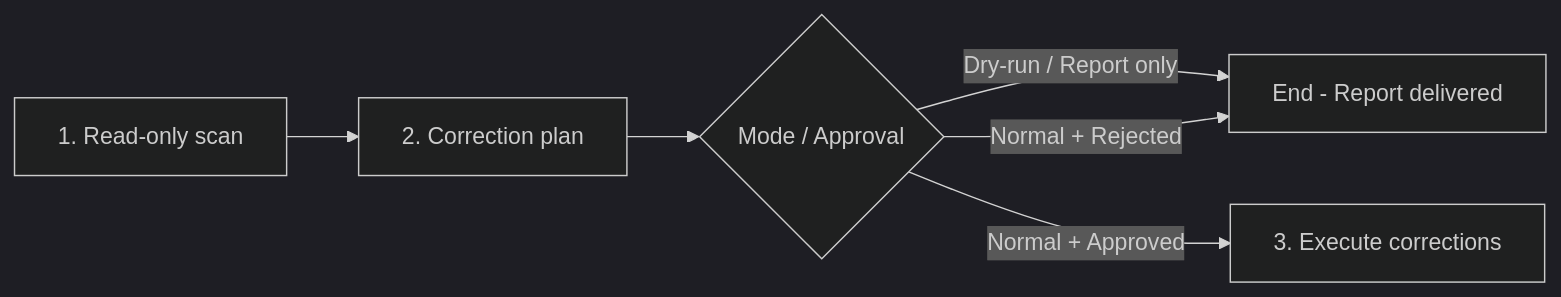
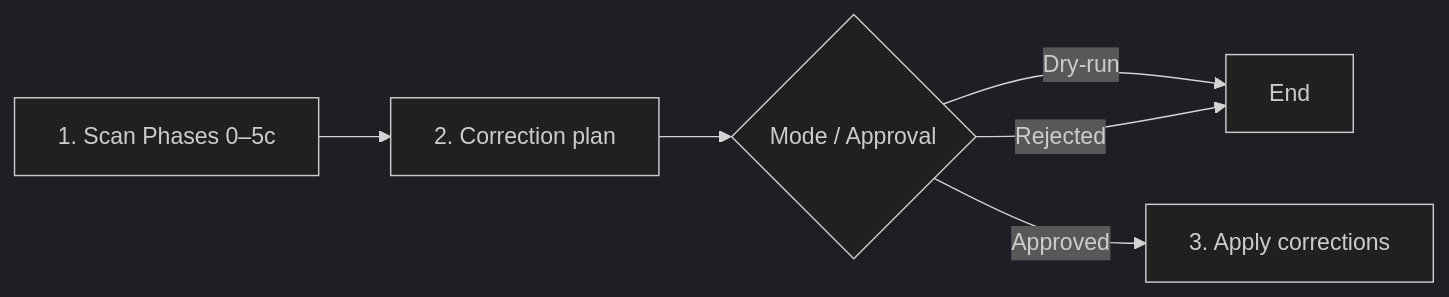
One commit to jpolvora/workflow-skills changed the diagram in .agents/skills/check-harness/SKILL.md. Above: the diagram before and after it, drawn with Mermaid (dark theme). The commit also changed other lines of this file and 43 other files, not shown here.

````diff
--- a/.agents/skills/check-harness/SKILL.md
+++ b/.agents/skills/check-harness/SKILL.md
@@ -30,8 +20,8 @@
 ```mermaid
 flowchart LR
-  V[1. Read-only scan] --> P[2. Correction plan]
+  V[1. Scan Phases 0–5c] --> P[2. Correction plan]
   P --> A{Mode / Approval}
-  A -->|Dry-run / Report only| F[End - Report delivered]
-  A -->|Normal + Approved| E[3. Execute corrections]
-  A -->|Normal + Rejected| F
+  A -->|Dry-run| F[End]
+  A -->|Approved| E[3. Apply corrections]
+  A -->|Rejected| F
 ```
````
